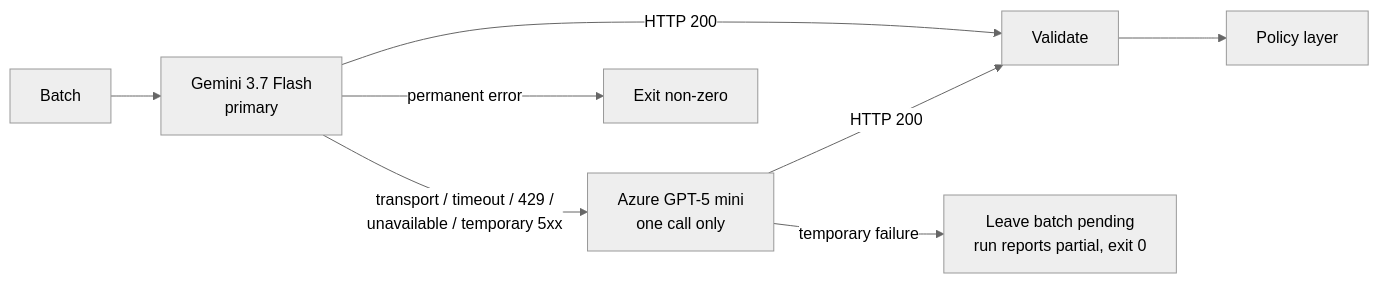
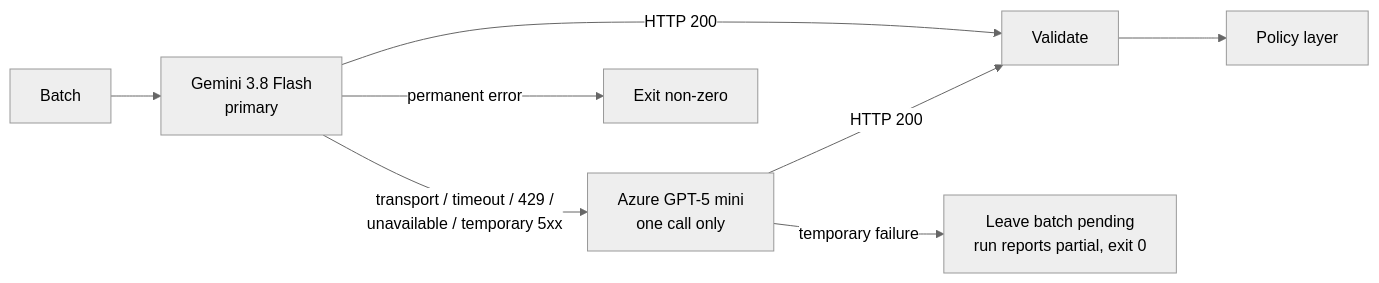
One commit to Aminhashemi-su/RoleLens changed the third of 4 diagrams in docs/architecture.md. Above: the diagram before and after it, drawn with Mermaid (neutral theme). The commit also changed 7 other files, not shown here.

First line of the commit message:
Gemini 3.8 Flash, a core-work blocker, and profile-driven eligibility

````diff
--- a/docs/architecture.md
+++ b/docs/architecture.md
@@ -239,10 +239,10 @@
 ```mermaid
 flowchart LR
-    B[Batch] --> P[Gemini 3.7 Flash<br/>primary]
+    B[Batch] --> P[Gemini 3.8 Flash<br/>primary]
     P -- HTTP 200 --> V[Validate]
     P -- transport / timeout / 429 /<br/>unavailable / temporary 5xx --> F[Azure GPT-5 mini<br/>one call only]
     F -- HTTP 200 --> V
     F -- temporary failure --> PEND[Leave batch pending<br/>run reports partial, exit 0]
     P -- permanent error --> FAIL[Exit non-zero]
     V --> POL[Policy layer]
 ```
````
